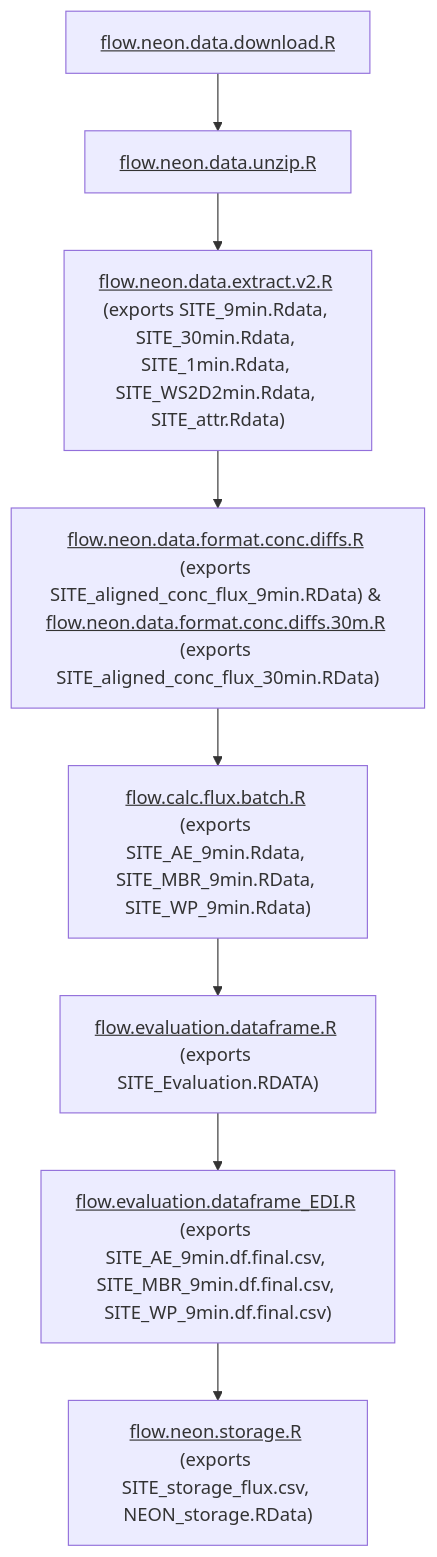
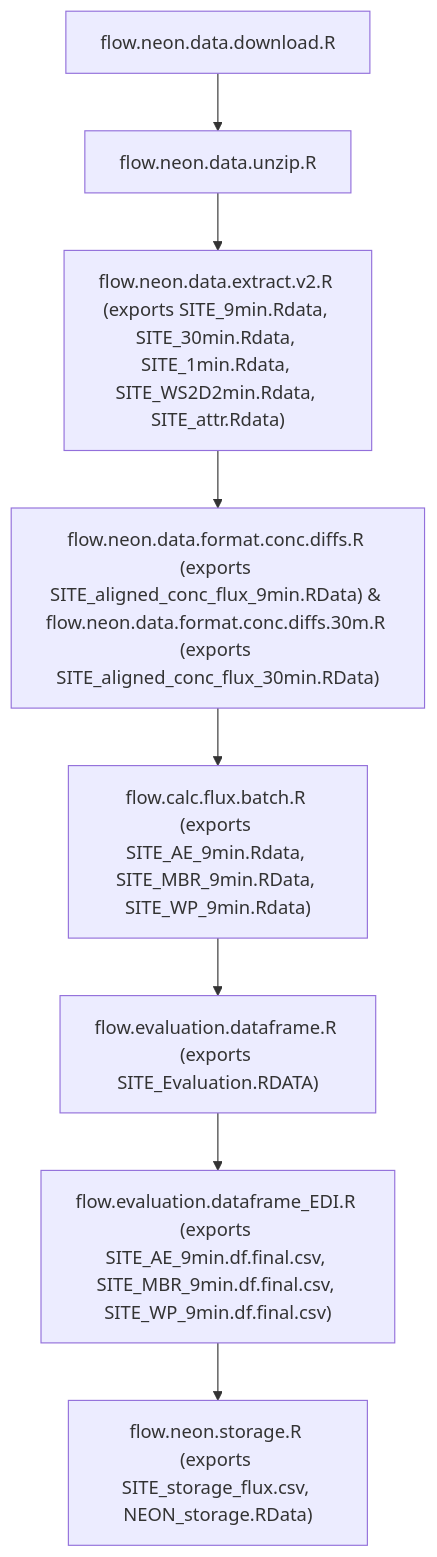
The diagram in README.md (lter/lterwg-flux-gradient), drawn with Mermaid before and after one commit.

Commit message:
docs: removed underlined text from diagram because it's not displaying properly on GitHub

````diff
--- a/README.md
+++ b/README.md
@@ -65,10 +65,10 @@
 ```mermaid
 graph TD
-  A["`<u>flow.neon.data.download.R</u>`"] --> B["`<u>flow.neon.data.unzip.R</u>`"]
-  B --> C["`<u>flow.neon.data.extract.v2.R</u> (exports SITE_9min.Rdata, SITE_30min.Rdata, SITE_1min.Rdata, SITE_WS2D2min.Rdata, SITE_attr.Rdata)`"]
-  C --> D["`<u>flow.neon.data.format.conc.diffs.R</u> (exports SITE_aligned_conc_flux_9min.RData) & <u>flow.neon.data.format.conc.diffs.30m.R</u> (exports SITE_aligned_conc_flux_30min.RData)`"]
-  D --> E["`<u>flow.calc.flux.batch.R</u> (exports SITE_AE_9min.Rdata, SITE_MBR_9min.RData, SITE_WP_9min.Rdata)`"]
-  E --> F["`<u>flow.evaluation.dataframe.R</u> (exports SITE_Evaluation.RDATA)`"]
-  F --> G["`<u>flow.evaluation.dataframe_EDI.R</u> (exports SITE_AE_9min.df.final.csv, SITE_MBR_9min.df.final.csv, SITE_WP_9min.df.final.csv)`"]
-  G --> H["`<u>flow.neon.storage.R</u> (exports SITE_storage_flux.csv, NEON_storage.RData)`"]
+  A["flow.neon.data.download.R"] --> B["flow.neon.data.unzip.R"]
+  B --> C["flow.neon.data.extract.v2.R (exports SITE_9min.Rdata, SITE_30min.Rdata, SITE_1min.Rdata, SITE_WS2D2min.Rdata, SITE_attr.Rdata)"]
+  C --> D["flow.neon.data.format.conc.diffs.R (exports SITE_aligned_conc_flux_9min.RData) & flow.neon.data.format.conc.diffs.30m.R (exports SITE_aligned_conc_flux_30min.RData)"]
+  D --> E["flow.calc.flux.batch.R (exports SITE_AE_9min.Rdata, SITE_MBR_9min.RData, SITE_WP_9min.Rdata)"]
+  E --> F["flow.evaluation.dataframe.R (exports SITE_Evaluation.RDATA)"]
+  F --> G["flow.evaluation.dataframe_EDI.R (exports SITE_AE_9min.df.final.csv, SITE_MBR_9min.df.final.csv, SITE_WP_9min.df.final.csv)"]
+  G --> H["flow.neon.storage.R (exports SITE_storage_flux.csv, NEON_storage.RData)"]
 ```
````
